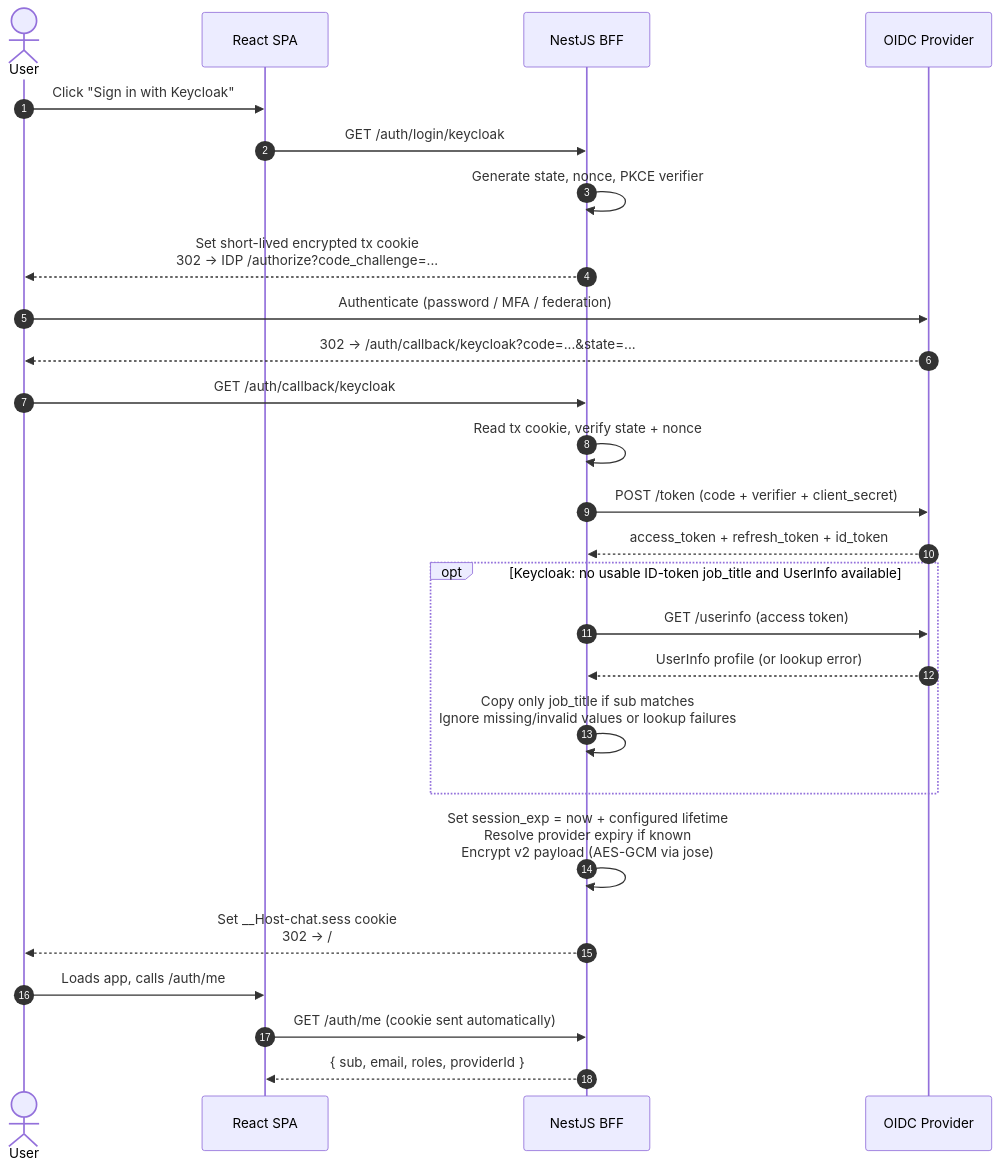
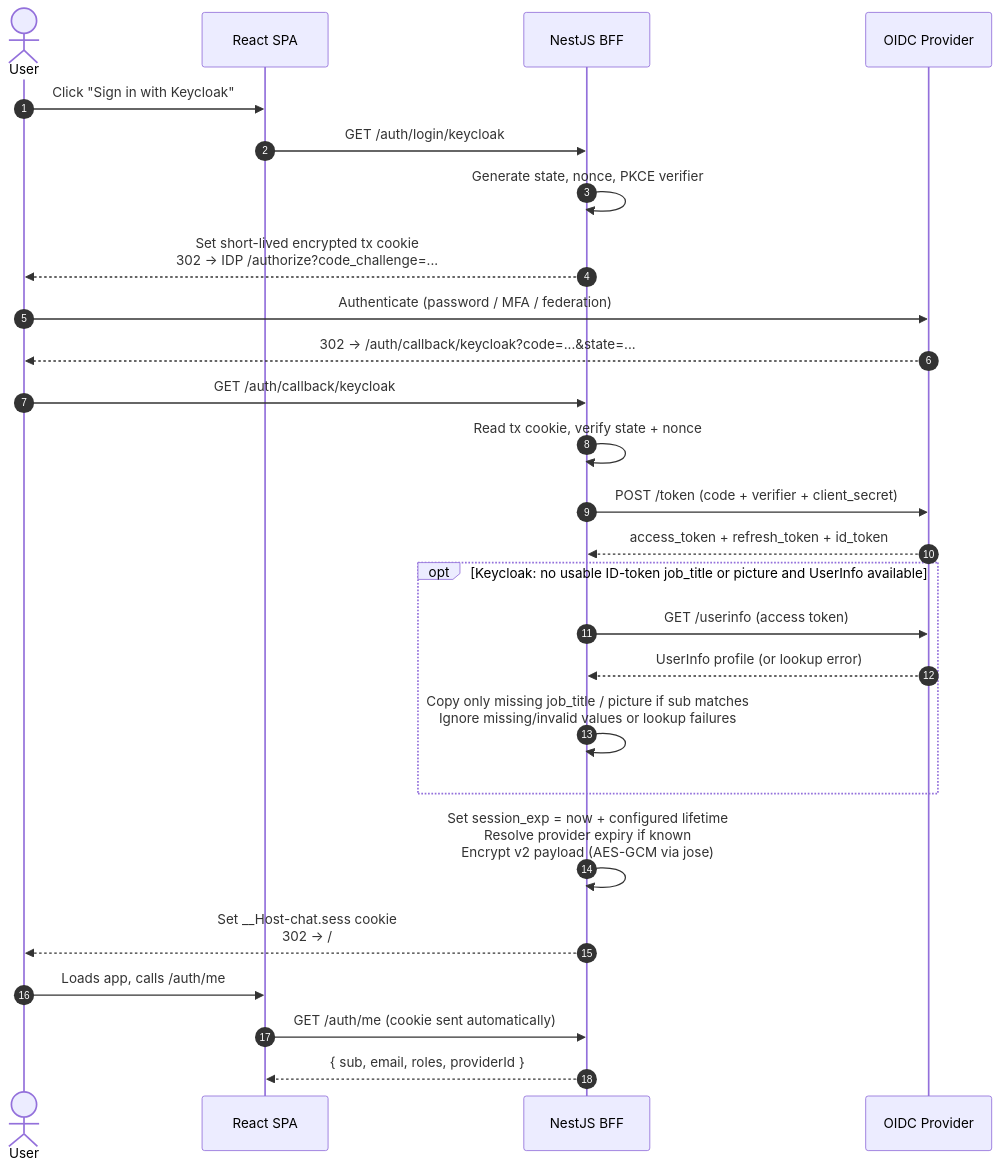
The diagram in docs/auth/auth-diagrams/03-login-flow.mmd (epam/ai-dial-chat), drawn with Mermaid before and after one commit. The commit also changed 3 other files, not shown here.

Commit message:
docs(auth): describe the picture claim and its Keycloak UserInfo fallback

```diff
--- a/docs/auth/auth-diagrams/03-login-flow.mmd
+++ b/docs/auth/auth-diagrams/03-login-flow.mmd
@@ -1,31 +1,31 @@
 %% Login flow: Authorization Code + PKCE through the BFF.
 %% Transient tx cookie holds state/nonce/code_verifier during redirect.
 %% Final session cookie is JWE-encrypted with HttpOnly + Secure + SameSite=Lax/None.
 
 sequenceDiagram
     autonumber
     actor U as User
     participant SPA as React SPA
     participant BFF as NestJS BFF
     participant IDP as OIDC Provider
 
     U->>SPA: Click "Sign in with Keycloak"
     SPA->>BFF: GET /auth/login/keycloak
     BFF->>BFF: Generate state, nonce, PKCE verifier
     BFF-->>U: Set short-lived encrypted tx cookie<br/>302 -> IDP /authorize?code_challenge=...
     U->>IDP: Authenticate (password / MFA / federation)
     IDP-->>U: 302 -> /auth/callback/keycloak?code=...&state=...
     U->>BFF: GET /auth/callback/keycloak
     BFF->>BFF: Read tx cookie, verify state + nonce
     BFF->>IDP: POST /token (code + verifier + client_secret)
     IDP-->>BFF: access_token + refresh_token + id_token
-    opt Keycloak: no usable ID-token job_title and UserInfo available
+    opt Keycloak: no usable ID-token job_title or picture and UserInfo available
         BFF->>IDP: GET /userinfo (access token)
         IDP-->>BFF: UserInfo profile (or lookup error)
-        BFF->>BFF: Copy only job_title if sub matches<br/>Ignore missing/invalid values or lookup failures
+        BFF->>BFF: Copy only missing job_title / picture if sub matches<br/>Ignore missing/invalid values or lookup failures
     end
     BFF->>BFF: Set session_exp = now + configured lifetime<br/>Resolve provider expiry if known<br/>Encrypt v2 payload (AES-GCM via jose)
     BFF-->>U: Set __Host-chat.sess cookie<br/>302 -> /
     U->>SPA: Loads app, calls /auth/me
     SPA->>BFF: GET /auth/me (cookie sent automatically)
     BFF-->>SPA: { sub, email, roles, providerId }
```
